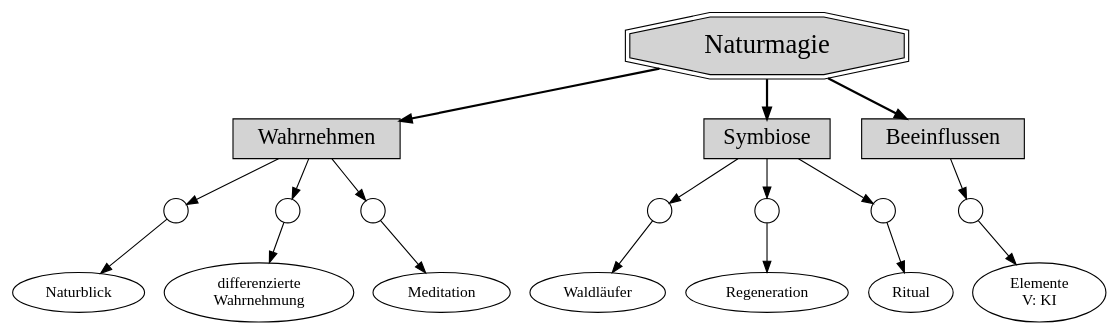
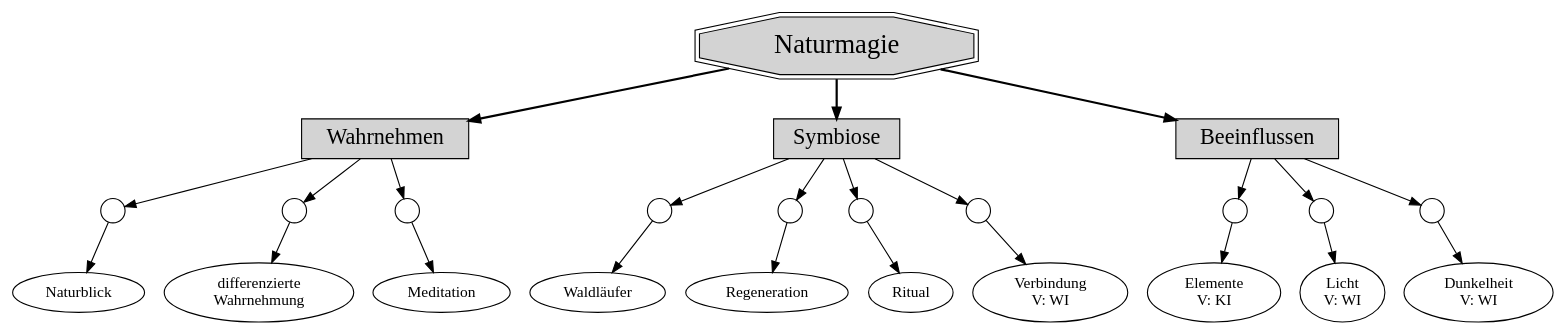
The diagram in ExampleGraphView/NaturmagieView/naturmagie_basic.dot (jjermann/sharpgraph), drawn with Graphviz before and after one commit.

Commit message:
add slightly more content

```diff
--- a/ExampleGraphView/NaturmagieView/naturmagie_basic.dot
+++ b/ExampleGraphView/NaturmagieView/naturmagie_basic.dot
@@ -1,28 +1,34 @@
 digraph Naturmagie {
   Naturmagie [ shape = doubleoctagon, fontsize = 24, style = filled ]
+
   Naturmagie -> W [ style = bold ]
+  W [ shape = box, label = Wahrnehmen, fontsize = 20, style = filled ]
   Naturmagie -> S [ style = bold ]
+  S [ shape = box, label = Symbiose, fontsize = 20, style = filled ]
   Naturmagie -> B [ style = bold ]
-
-  W [ shape = box, label = Wahrnehmen, fontsize = 20, style = filled ]
-  S [ shape = box, label = Symbiose, fontsize = 20, style = filled ]
   B [ shape = box, label = Beeinflussen, fontsize = 20, style = filled ]
 
   W -> W1 -> Naturblick
+  W1 [ label = "", width = 0.3, height = 0.3 ]
   W -> W2 -> "differenzierte\nWahrnehmung"
+  W2 [ label = "", width = 0.3, height = 0.3 ]
   W -> W3 -> Meditation
-  W1 [ label = "", width = 0.3, height = 0.3 ]
-  W2 [ label = "", width = 0.3, height = 0.3 ]
   W3 [ label = "", width = 0.3, height = 0.3 ]
 
   B -> B11 -> B12
   B11 [ label = "", width = 0.3, height = 0.3 ]
   B12 [ label = "Elemente\nV: KI" ]
+  B -> Licht1 -> "Licht\nV: WI"
+  Licht1 [label="",width=0.3,height=0.3]
+  B -> Dunkelheit1 -> "Dunkelheit\nV: WI"
+  Dunkelheit1 [label="",width=0.3,height=0.3]
 
   S -> S1 -> Waldläufer
+  S1 [ label = "", width = 0.3, height = 0.3 ]
   S -> S2 -> Regeneration
+  S2 [ label = "", width = 0.3, height = 0.3 ]
   S -> S3 -> Ritual
-  S1 [ label = "", width = 0.3, height = 0.3 ]
-  S2 [ label = "", width = 0.3, height = 0.3 ]
   S3 [ label = "", width = 0.3, height = 0.3 ]
+  S -> S4 -> "Verbindung\nV: WI"
+  S4 [ label = "", width = 0.3, height = 0.3 ]
 }
```
